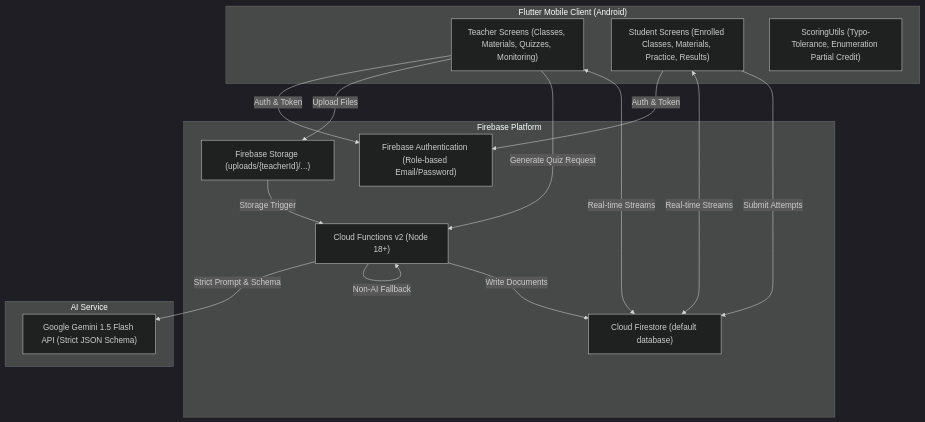
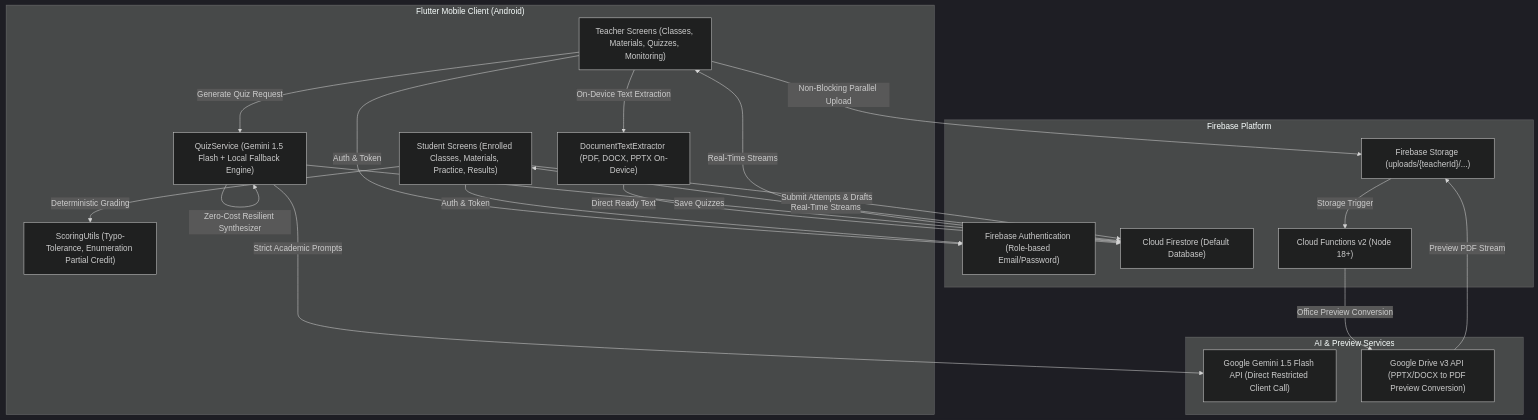
The diagram in docs/IMPLEMENTATION_PLAN.md (flynne09/Studexa), drawn with Mermaid (dark theme) before and after one commit. The commit also changed other lines of this file and 61 other files, not shown here.

Commit message:
feat: Google Sign-In integration, PDF upload optimization, platform app icons, and expanded test suite

````diff
--- a/docs/IMPLEMENTATION_PLAN.md
+++ b/docs/IMPLEMENTATION_PLAN.md
@@ -9,31 +9,39 @@
 ```mermaid
 flowchart TD
     subgraph Client["Flutter Mobile Client (Android)"]
         TeacherUI["Teacher Screens (Classes, Materials, Quizzes, Monitoring)"]
         StudentUI["Student Screens (Enrolled Classes, Materials, Practice, Results)"]
+        Extractor["DocumentTextExtractor (PDF, DOCX, PPTX On-Device)"]
+        QuizGen["QuizService (Gemini 1.5 Flash + Local Fallback Engine)"]
         Scoring["ScoringUtils (Typo-Tolerance, Enumeration Partial Credit)"]
     end
 
     subgraph Firebase["Firebase Platform"]
         Auth["Firebase Authentication (Role-based Email/Password)"]
-        Firestore["Cloud Firestore (default database)"]
+        Firestore["Cloud Firestore (Default Database)"]
         Storage["Firebase Storage (uploads/{teacherId}/...)"]
         Functions["Cloud Functions v2 (Node 18+)"]
     end
 
-    subgraph External["AI Service"]
-        Gemini["Google Gemini 1.5 Flash API (Strict JSON Schema)"]
+    subgraph External["AI & Preview Services"]
+        Gemini["Google Gemini 1.5 Flash API (Direct Restricted Client Call)"]
+        DriveAPI["Google Drive v3 API (PPTX/DOCX to PDF Preview Conversion)"]
     end
 
     TeacherUI -->|Auth & Token| Auth
     StudentUI -->|Auth & Token| Auth
-    TeacherUI -->|Upload Files| Storage
+    TeacherUI -->|On-Device Text Extraction| Extractor
+    Extractor -->|Direct Ready Text| Firestore
+    TeacherUI -->|Non-Blocking Parallel Upload| Storage
     Storage -->|Storage Trigger| Functions
-    TeacherUI -->|Generate Quiz Request| Functions
-    Functions -->|Strict Prompt & Schema| Gemini
-    Functions -->|Non-AI Fallback| Functions
-    Functions -->|Write Documents| Firestore
-    TeacherUI <-->|Real-time Streams| Firestore
-    StudentUI <-->|Real-time Streams| Firestore
-    StudentUI -->|Submit Attempts| Firestore
+    Functions -->|Office Preview Conversion| DriveAPI
+    DriveAPI -->|Preview PDF Stream| Storage
+    TeacherUI -->|Generate Quiz Request| QuizGen
+    QuizGen -->|Strict Academic Prompts| Gemini
+    QuizGen -->|Zero-Cost Resilient Synthesizer| QuizGen
+    QuizGen -->|Save Quizzes| Firestore
+    TeacherUI <-->|Real-Time Streams| Firestore
+    StudentUI <-->|Real-Time Streams| Firestore
+    StudentUI -->|Submit Attempts & Drafts| Firestore
+    StudentUI -->|Deterministic Grading| Scoring
 ```
````
